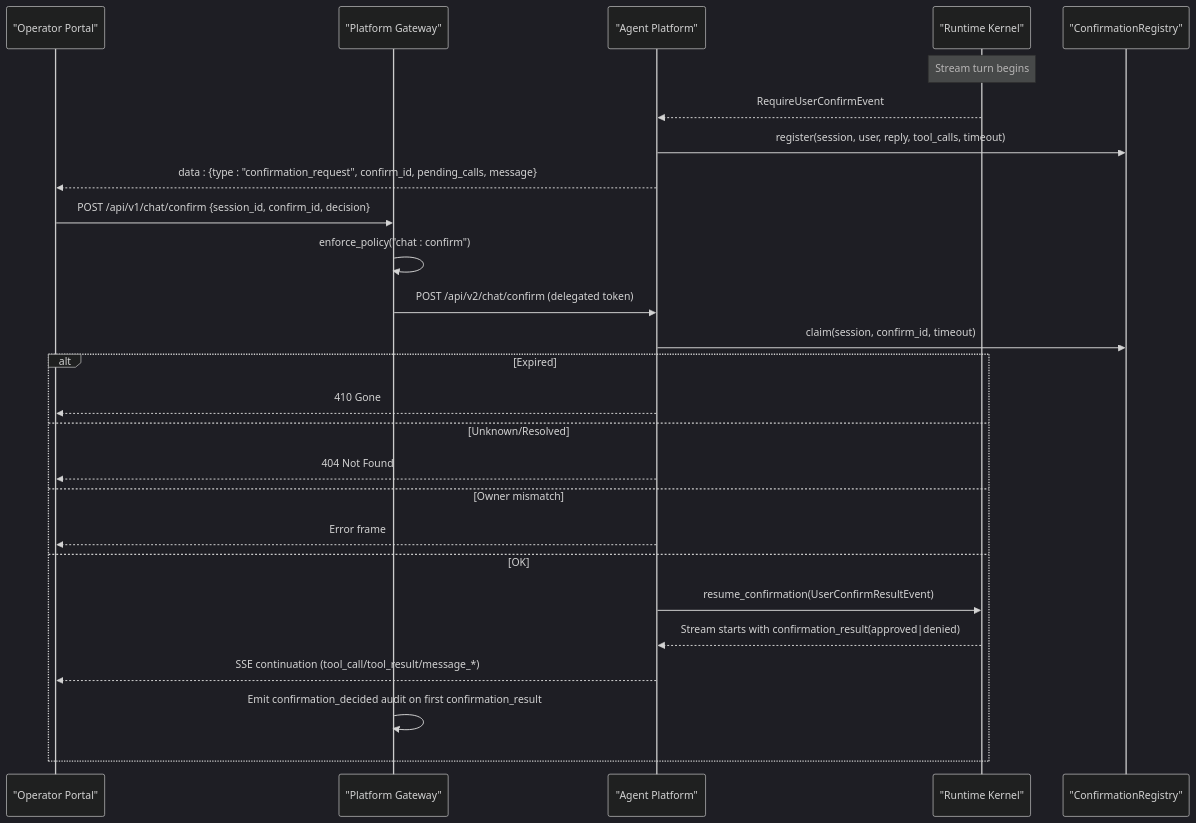
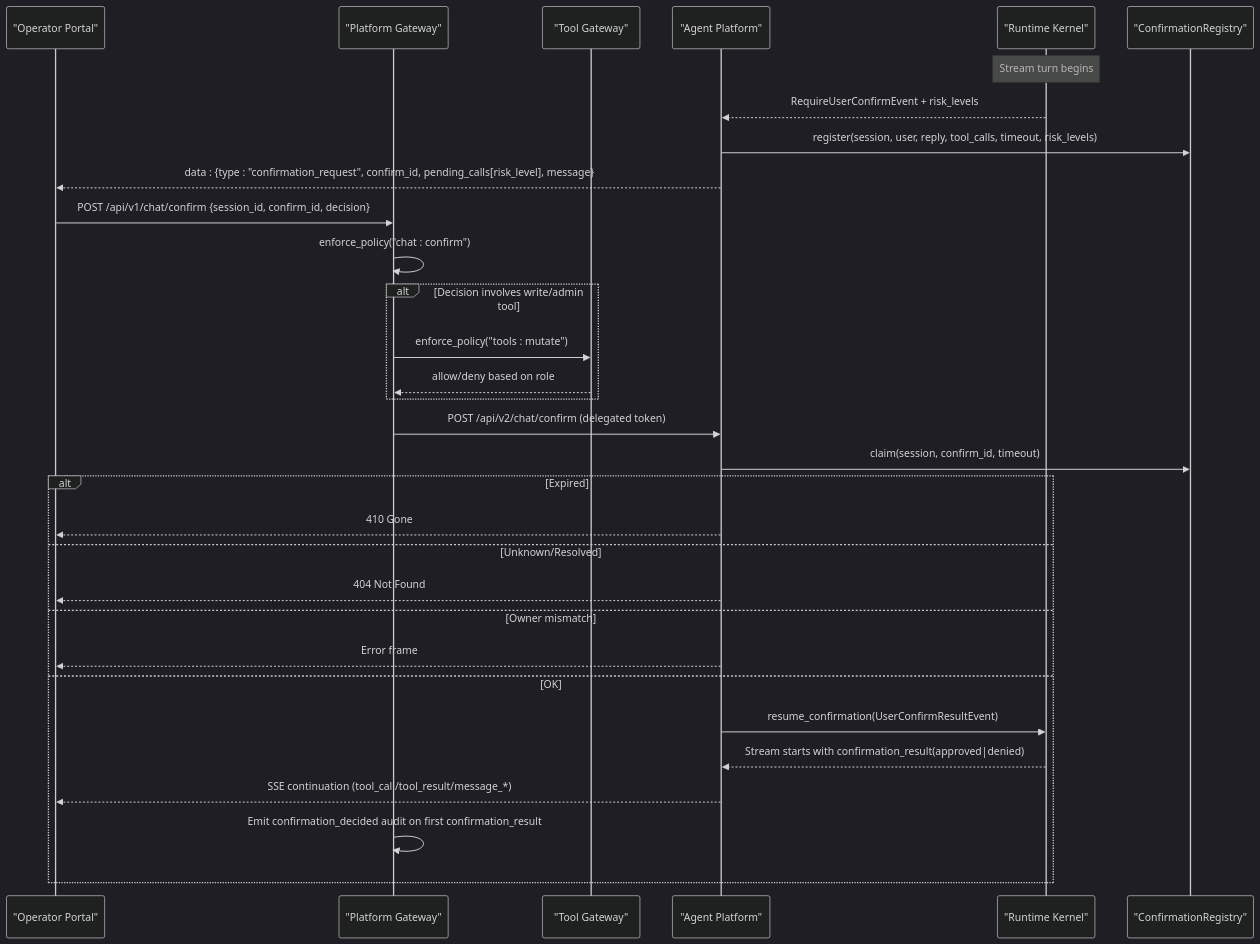
One commit to metasync/luban-aiops changed the second of 9 diagrams in .qoder/repowiki/en/content/Agent Platform Service/HITL Confirmation Bridging (SPEC-020).md. Above: the diagram before and after it, drawn with Mermaid (dark theme). The commit also changed other lines of this file and 43 other files, not shown here.

````diff
--- a/.qoder/repowiki/en/content/Agent Platform Service/HITL Confirmation Bridging (SPEC-020).md
+++ b/.qoder/repowiki/en/content/Agent Platform Service/HITL Confirmation Bridging (SPEC-020).md
@@ -114,28 +137,33 @@
 ```mermaid
 sequenceDiagram
 participant Portal as "Operator Portal"
 participant GW as "Platform Gateway"
+participant TG as "Tool Gateway"
 participant AP as "Agent Platform"
 participant RK as "Runtime Kernel"
 participant Reg as "ConfirmationRegistry"
 Note over RK : Stream turn begins
-RK-->>AP : RequireUserConfirmEvent
-AP->>Reg : register(session, user, reply, tool_calls, timeout)
-AP-->>Portal : data : {type : "confirmation_request", confirm_id, pending_calls, message}
+RK-->>AP : RequireUserConfirmEvent + risk_levels
+AP->>Reg : register(session, user, reply, tool_calls, timeout, risk_levels)
+AP-->>Portal : data : {type : "confirmation_request", confirm_id, pending_calls[risk_level], message}
 Portal->>GW : POST /api/v1/chat/confirm {session_id, confirm_id, decision}
 GW->>GW : enforce_policy("chat : confirm")
+alt Decision involves write/admin tool
+GW->>TG : enforce_policy("tools : mutate")
+TG-->>GW : allow/deny based on role
+end
 GW->>AP : POST /api/v2/chat/confirm (delegated token)
 AP->>Reg : claim(session, confirm_id, timeout)
 alt Expired
 AP-->>Portal : 410 Gone
 else Unknown/Resolved
 AP-->>Portal : 404 Not Found
 else Owner mismatch
 AP-->>Portal : Error frame
 else OK
 AP->>RK : resume_confirmation(UserConfirmResultEvent)
 RK-->>AP : Stream starts with confirmation_result(approved|denied)
 AP-->>Portal : SSE continuation (tool_call/tool_result/message_*)
 GW->>GW : Emit confirmation_decided audit on first confirmation_result
 end
 ```
````
